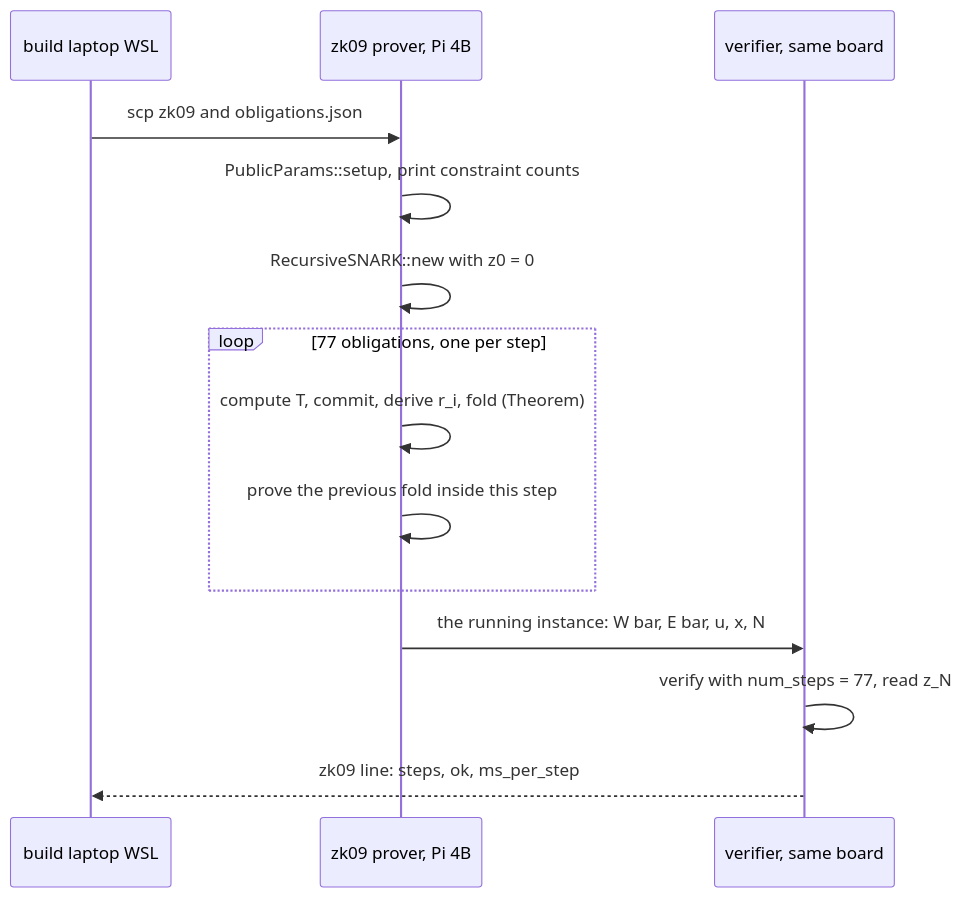
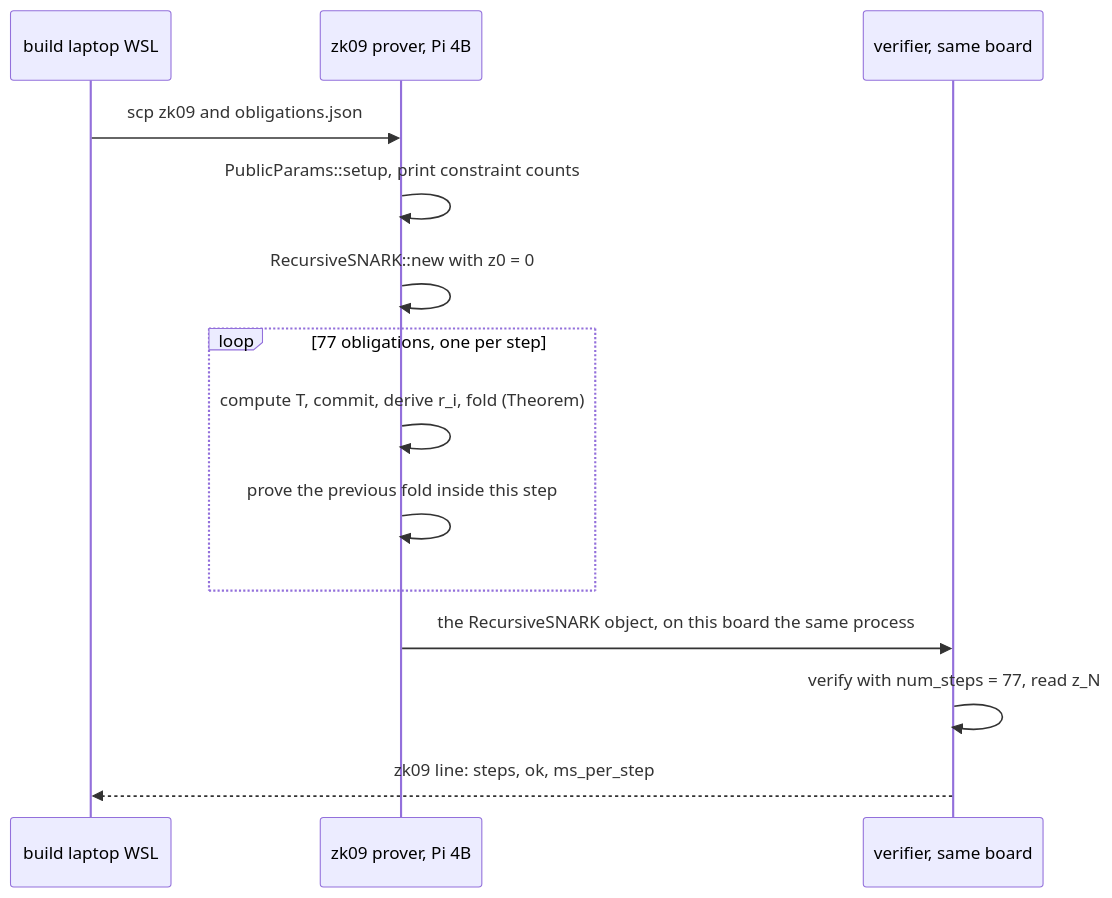
One commit to ambrosiobing/embedded-zkmc changed the first of 2 diagrams in chapters/09-nova-versus-one-shot-folding-on-a-pi.md. Above: the diagram before and after it, drawn with Mermaid. The commit also changed other lines of this file and 33 other files, not shown here.

````diff
--- a/chapters/09-nova-versus-one-shot-folding-on-a-pi.md
+++ b/chapters/09-nova-versus-one-shot-folding-on-a-pi.md
@@ -293,16 +300,16 @@
 ```mermaid
 sequenceDiagram
   participant S as build laptop WSL
   participant P as zk09 prover, Pi 4B
   participant V as verifier, same board
   S->>P: scp zk09 and obligations.json
   P->>P: PublicParams::setup, print constraint counts
   P->>P: RecursiveSNARK::new with z0 = 0
   loop 77 obligations, one per step
     P->>P: compute T, commit, derive r_i, fold (Theorem)
     P->>P: prove the previous fold inside this step
   end
-  P->>V: the running instance: W bar, E bar, u, x, N
+  P->>V: the RecursiveSNARK object, on this board the same process
   V->>V: verify with num_steps = 77, read z_N
   V-->>S: zk09 line: steps, ok, ms_per_step
 ```
````
